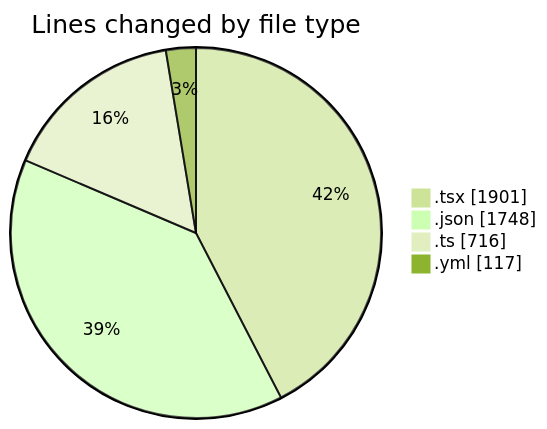
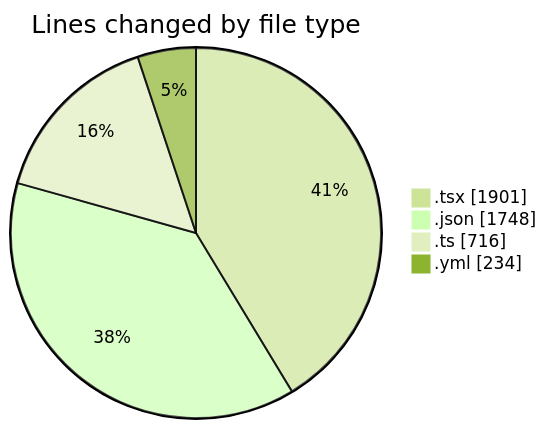
The first of 2 diagrams in 2025-10-30/eventscop-frontend-guide__workspace_/README.md (julien-gomy/code-tracking), drawn with Mermaid (forest theme) before and after one commit. The commit also changed other lines of this file and 1 other file, not shown here.

````diff
--- a/2025-10-30/eventscop-frontend-guide__workspace_/README.md
+++ b/2025-10-30/eventscop-frontend-guide__workspace_/README.md
@@ -41,8 +41,8 @@
 ```mermaid
 pie showData
 title Lines changed by file type
 ".tsx" : 1901
 ".json" : 1748
 ".ts" : 716
-".yml" : 117
+".yml" : 234
 ```
````
